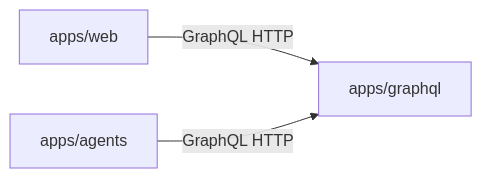
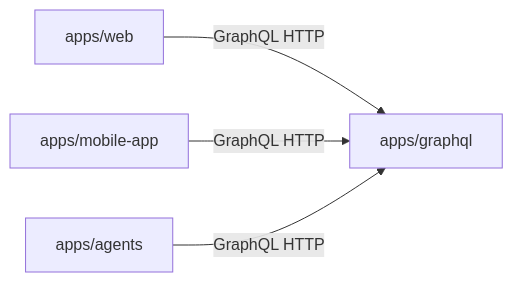
The diagram in .agents/skills/menuyukti-repo-orientation/SKILL.md (daniel-dihardja/menuyukti), drawn with Mermaid before and after one commit. The commit also changed other lines of this file and 16 other files, not shown here.

Commit message:
add mobile app

````diff
--- a/.agents/skills/menuyukti-repo-orientation/SKILL.md
+++ b/.agents/skills/menuyukti-repo-orientation/SKILL.md
@@ -22,8 +23,10 @@
 ```mermaid
 flowchart LR
   web["apps/web"]
+  mobile["apps/mobile-app"]
   gql["apps/graphql"]
   ag["apps/agents"]
   web -->|"GraphQL HTTP"| gql
+  mobile -->|"GraphQL HTTP"| gql
   ag -->|"GraphQL HTTP"| gql
 ```
````
